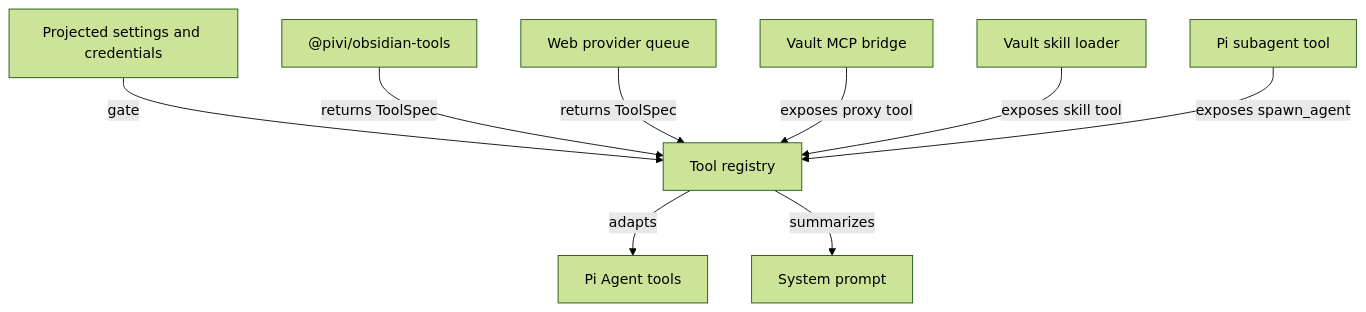
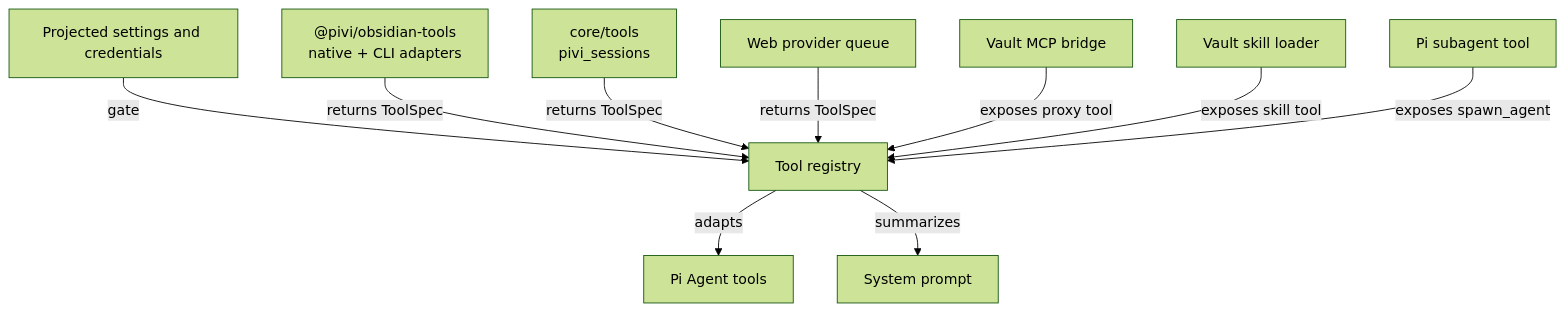
The first of 2 diagrams in docs/07-tools-skills-mcp-and-integrations.md (BluerAngala/obsidian-aiwork), drawn with Mermaid (forest theme) before and after one commit. The commit also changed other lines of this file and 87 other files, not shown here.

````diff
--- a/docs/07-tools-skills-mcp-and-integrations.md
+++ b/docs/07-tools-skills-mcp-and-integrations.md
@@ -9,11 +9,12 @@
 ```mermaid
 flowchart TD
   Settings["Projected settings and credentials"] -- "gate" --> Registry["Tool registry"]
-  Obsidian["@pivi/obsidian-tools"] -- "returns ToolSpec" --> Registry
+  Obsidian["@pivi/obsidian-tools<br/>native + CLI adapters"] -- "returns ToolSpec" --> Registry
+  Sessions["core/tools<br/>pivi_sessions"] -- "returns ToolSpec" --> Registry
   Web["Web provider queue"] -- "returns ToolSpec" --> Registry
   MCP["Vault MCP bridge"] -- "exposes proxy tool" --> Registry
   Skills["Vault skill loader"] -- "exposes skill tool" --> Registry
   Subagents["Pi subagent tool"] -- "exposes spawn_agent" --> Registry
   Registry -- "adapts" --> Pi["Pi Agent tools"]
   Registry -- "summarizes" --> Prompt["System prompt"]
 ```
````
